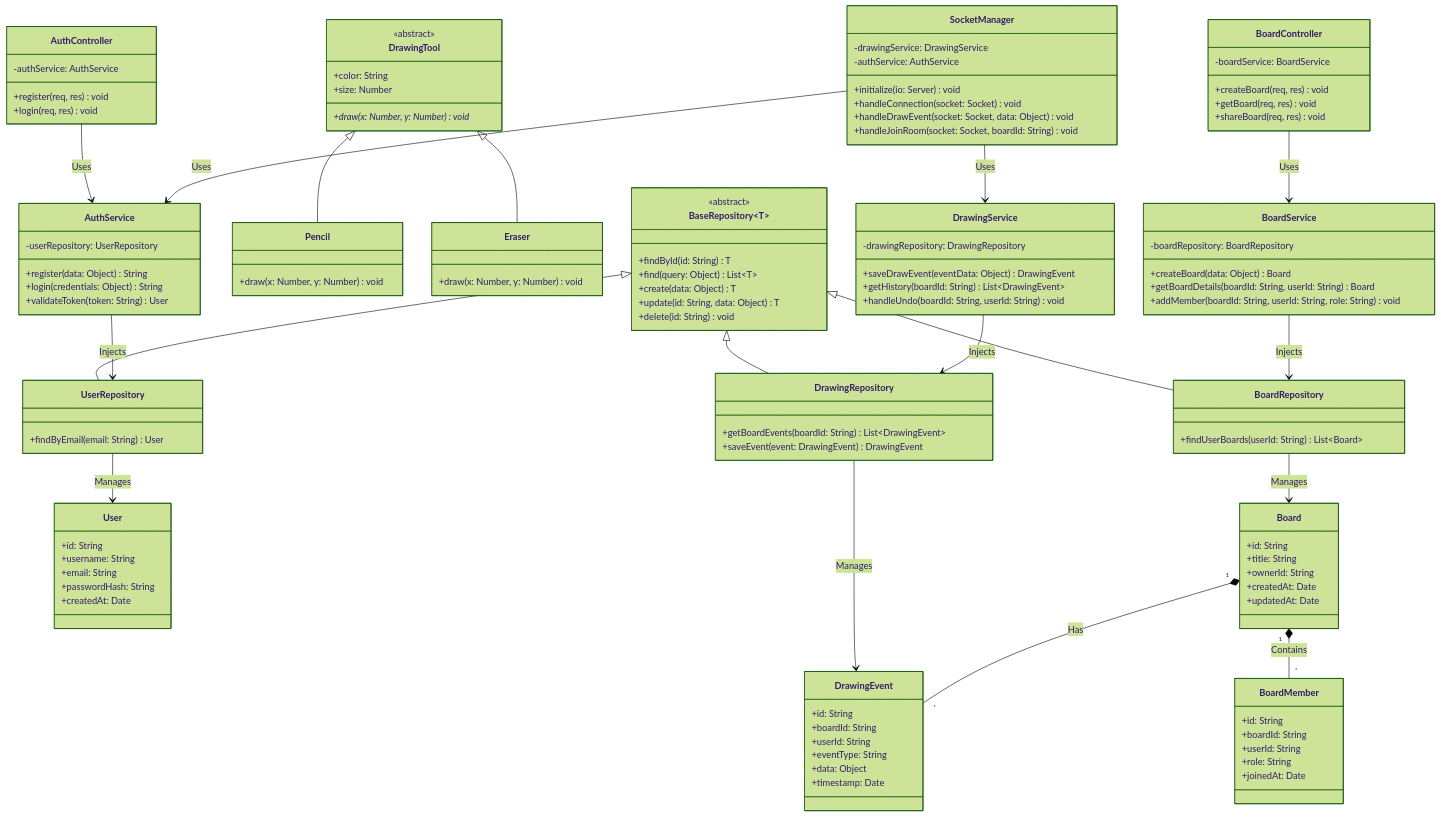
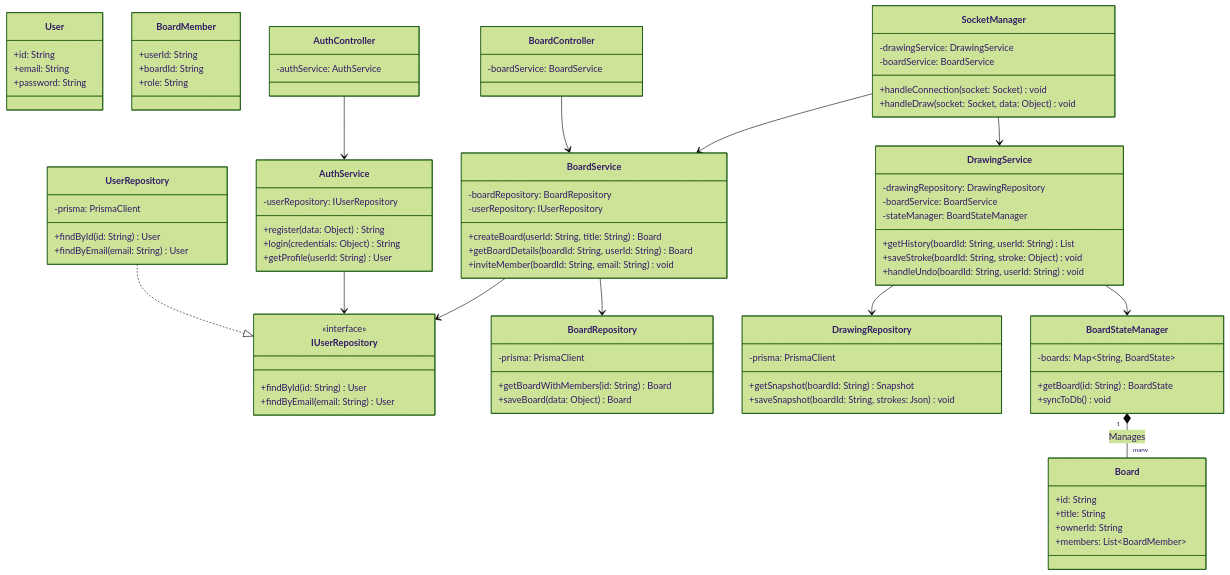
Before and after one commit to Divyapahuja31/SESD_Project: the diagram in docs/classDiagram.md, drawn with Mermaid (forest theme). The commit also changed other lines of this file and 5 other files, not shown here.

Commit message:
docs: complete synchronization of all technical diagrams with PostgreSQL Snapshot architecture

````diff
--- a/docs/classDiagram.md
+++ b/docs/classDiagram.md
@@ -9,143 +9,110 @@
 classDiagram
     direction TB
     
-    %% Base Classes
-    class BaseRepository~T~ {
-        <<abstract>>
-        +findById(id: String) T
-        +find(query: Object) List~T~
-        +create(data: Object) T
-        +update(id: String, data: Object) T
-        +delete(id: String) void
+    %% Base Layer
+    class IUserRepository {
+        <<interface>>
+        +findById(id: String) User
+        +findByEmail(email: String) User
     }
-
-    class DrawingTool {
-        <<abstract>>
-        +color: String
-        +size: Number
-        +draw(x: Number, y: Number)* void
-    }
-
-    class Pencil {
-        +draw(x: Number, y: Number) void
-    }
-
-    class Eraser {
-        +draw(x: Number, y: Number) void
-    }
-
-    DrawingTool <|-- Pencil
-    DrawingTool <|-- Eraser
 
     %% Repositories
     class UserRepository {
+        -prisma: PrismaClient
+        +findById(id: String) User
         +findByEmail(email: String) User
     }
     class BoardRepository {
-        +findUserBoards(userId: String) List~Board~
+        -prisma: PrismaClient
+        +getBoardWithMembers(id: String) Board
+        +saveBoard(data: Object) Board
     }
     class DrawingRepository {
-        +getBoardEvents(boardId: String) List~DrawingEvent~
-        +saveEvent(event: DrawingEvent) DrawingEvent
+        -prisma: PrismaClient
+        +getSnapshot(boardId: String) Snapshot
+        +saveSnapshot(boardId: String, strokes: Json) void
     }
 
-    BaseRepository <|-- UserRepository
-    BaseRepository <|-- BoardRepository
-    BaseRepository <|-- DrawingRepository
+    UserRepository ..|> IUserRepository
 
     %% Entities/Models
     class User {
         +id: String
-        +username: String
         +email: String
-        +passwordHash: String
-        +createdAt: Date
+        +password: String
     }
 
     class Board {
         +id: String
         +title: String
         +ownerId: String
-        +createdAt: Date
-        +updatedAt: Date
+        +members: List~BoardMember~
     }
 
     class BoardMember {
-        +id: String
+        +userId: String
         +boardId: String
-        +userId: String
         +role: String
-        +joinedAt: Date
-    }
-
-    class DrawingEvent {
-        +id: String
-        +boardId: String
-        +userId: String
-        +eventType: String
-        +data: Object
-        +timestamp: Date
     }
 
     %% Services
     class AuthService {
-        -userRepository: UserRepository
+        -userRepository: IUserRepository
         +register(data: Object) String
         +login(credentials: Object) String
-        +validateToken(token: String) User
+        +getProfile(userId: String) User
     }
 
     class BoardService {
         -boardRepository: BoardRepository
-        +createBoard(data: Object) Board
+        -userRepository: IUserRepository
+        +createBoard(userId: String, title: String) Board
         +getBoardDetails(boardId: String, userId: String) Board
-        +addMember(boardId: String, userId: String, role: String) void
+        +inviteMember(boardId: String, email: String) void
     }
 
     class DrawingService {
         -drawingRepository: DrawingRepository
-        +saveDrawEvent(eventData: Object) DrawingEvent
-        +getHistory(boardId: String) List~DrawingEvent~
+        -boardService: BoardService
+        -stateManager: BoardStateManager
+        +getHistory(boardId: String, userId: String) List
+        +saveStroke(boardId: String, stroke: Object) void
         +handleUndo(boardId: String, userId: String) void
     }
 
-    %% Controllers
+    class BoardStateManager {
+        -boards: Map~String, BoardState~
+        +getBoard(id: String) BoardState
+        +syncToDb() void
+    }
+
+    %% Controllers & Transport
     class AuthController {
         -authService: AuthService
-        +register(req, res) void
-        +login(req, res) void
     }
 
     class BoardController {
         -boardService: BoardService
-        +createBoard(req, res) void
-        +getBoard(req, res) void
-        +shareBoard(req, res) void
     }
     
     class SocketManager {
         -drawingService: DrawingService
-        -authService: AuthService
-        +initialize(io: Server) void
+        -boardService: BoardService
         +handleConnection(socket: Socket) void
-        +handleDrawEvent(socket: Socket, data: Object) void
-        +handleJoinRoom(socket: Socket, boardId: String) void
+        +handleDraw(socket: Socket, data: Object) void
     }
 
-    %% Associations & Dependencies
-    AuthController --> AuthService : Uses
-    BoardController --> BoardService : Uses
-    SocketManager --> DrawingService : Uses
-    SocketManager --> AuthService : Uses
+    %% Associations
+    AuthController --> AuthService
+    BoardController --> BoardService
+    SocketManager --> DrawingService
+    SocketManager --> BoardService
     
-    AuthService --> UserRepository : Injects
-    BoardService --> BoardRepository : Injects
-    DrawingService --> DrawingRepository : Injects
-
-    UserRepository --> User : Manages
-    BoardRepository --> Board : Manages
-    DrawingRepository --> DrawingEvent : Manages
+    AuthService --> IUserRepository
+    BoardService --> BoardRepository
+    BoardService --> IUserRepository
+    DrawingService --> DrawingRepository
+    DrawingService --> BoardStateManager
     
-    Board "1" *-- "*" BoardMember : Contains
-    Board "1" *-- "*" DrawingEvent : Has
+    BoardStateManager "1" *-- "many" Board : Manages
 ```
````
